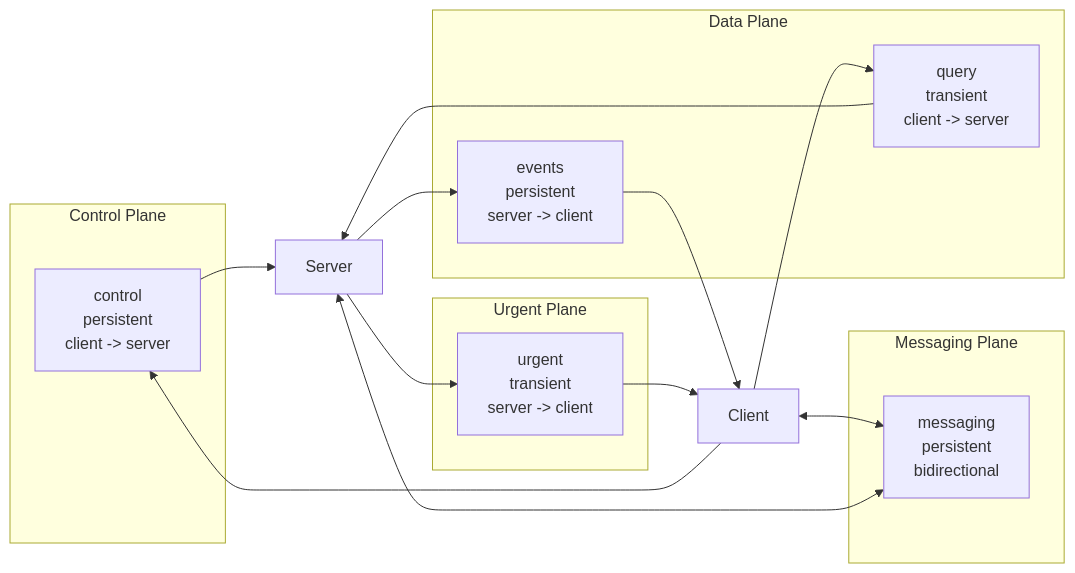
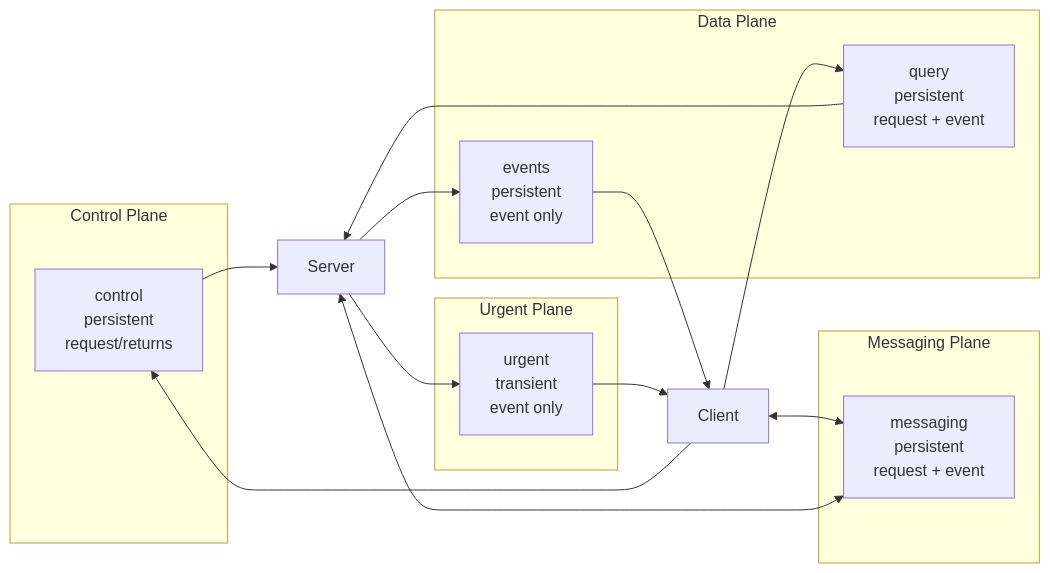
The third of 8 diagrams in spec/03-stream-channels/SPEC.md (chronista-club/unison), drawn with Mermaid before and after one commit. The commit also changed other lines of this file and 33 other files, not shown here.

````diff
--- a/spec/03-stream-channels/SPEC.md
+++ b/spec/03-stream-channels/SPEC.md
@@ -335,30 +314,30 @@
 ```mermaid
 graph LR
     subgraph "Control Plane"
-        C[control<br/>persistent<br/>client -> server]
+        C[control<br/>persistent<br/>request/returns]
     end
 
     subgraph "Data Plane"
-        E[events<br/>persistent<br/>server -> client]
-        Q[query<br/>transient<br/>client -> server]
+        E[events<br/>persistent<br/>event only]
+        Q[query<br/>persistent<br/>request + event]
     end
 
     subgraph "Messaging Plane"
-        M[messaging<br/>persistent<br/>bidirectional]
+        M[messaging<br/>persistent<br/>request + event]
     end
 
     subgraph "Urgent Plane"
-        U[urgent<br/>transient<br/>server -> client]
+        U[urgent<br/>transient<br/>event only]
     end
 
     Client[Client] --> C
     C --> Server[Server]
     Server --> E
     E --> Client
     Client --> Q
     Q --> Server
     Client <--> M
     M <--> Server
     Server --> U
     U --> Client
 ```
````
